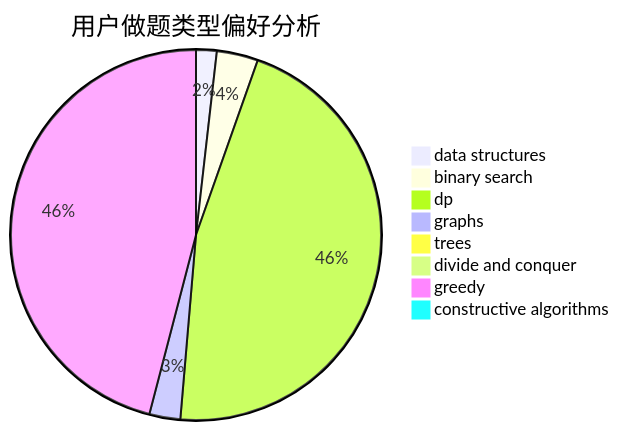
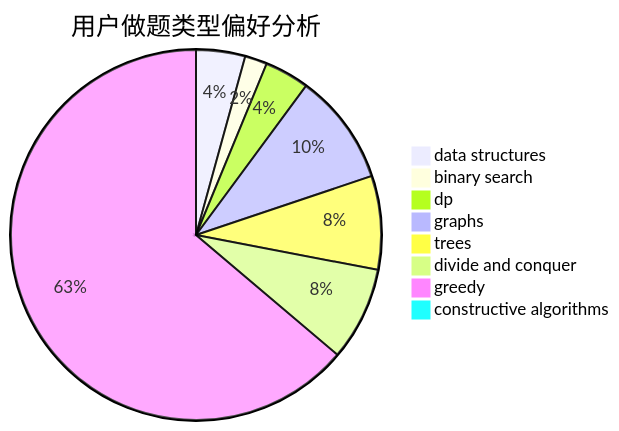
Before and after one commit to sherpahu/cfrs.github.io: the second of 3 diagrams in docs/user/u2114.md, drawn with Mermaid. The commit also changed other lines of this file and 2770 other files, not shown here.

````diff
--- a/docs/user/u2114.md
+++ b/docs/user/u2114.md
@@ -23,11 +23,11 @@
 ```mermaid
 pie title 用户做题类型偏好分析
-    "data structures" :  2
-    "binary search" :  4
-    "dp" :  51
-    "graphs" :  3
-    "trees" :  0
-    "divide and conquer" :  0
-    "greedy" :  51
-    "constructive algorithms" :  1
+    "data structures" :  11
+    "binary search" :  5
+    "dp" :  10
+    "graphs" :  25
+    "trees" :  21
+    "divide and conquer" :  21
+    "greedy" :  164
+    "constructive algorithms" :  2
 ```
````
